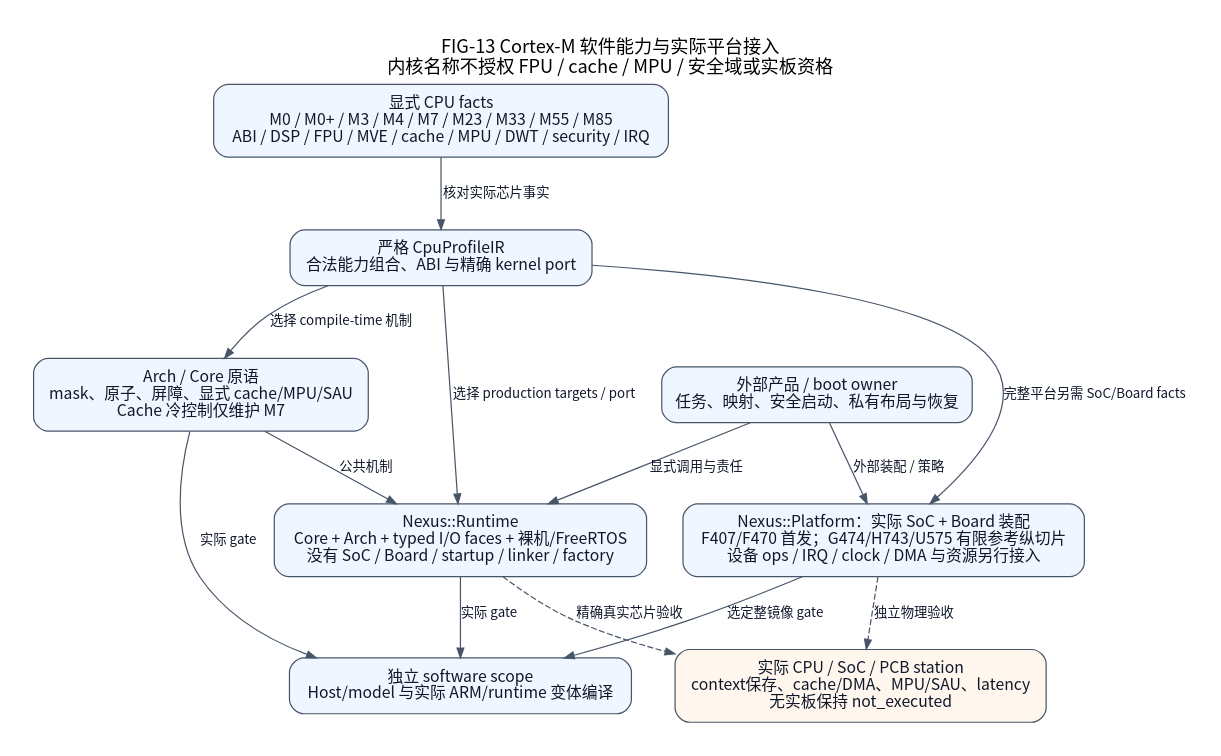
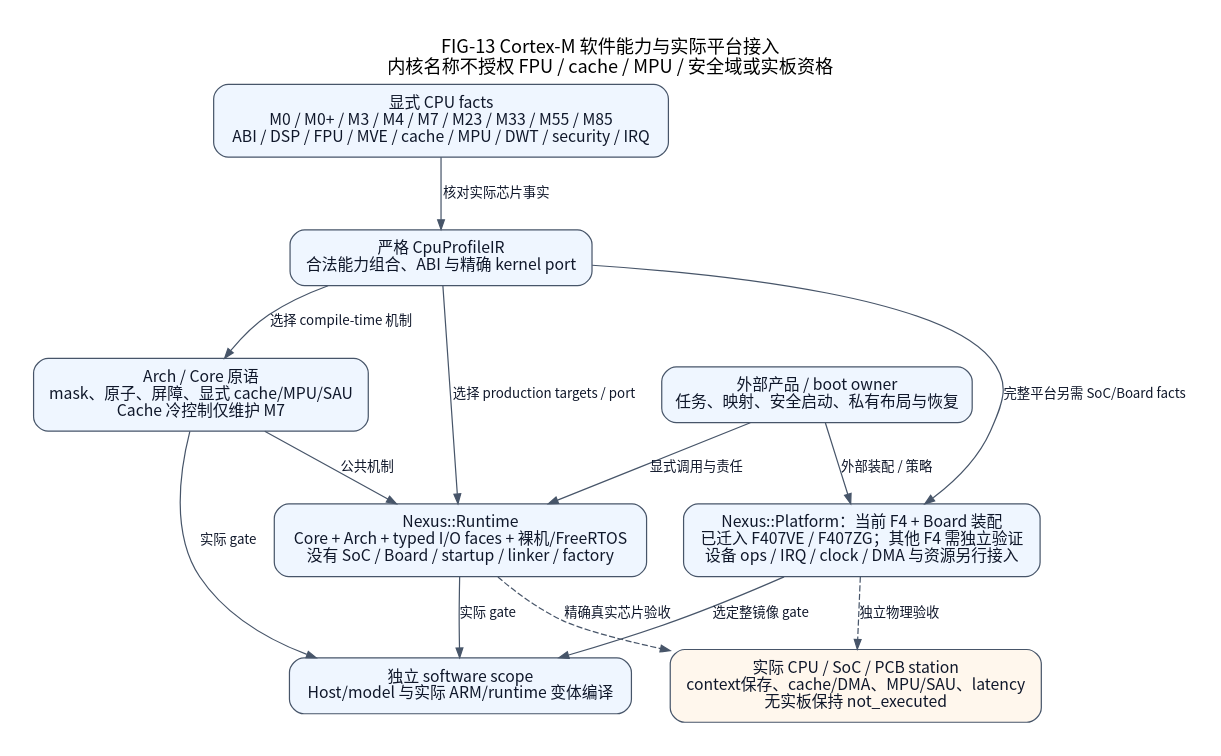
Before and after one commit to X-Gen-Lab/nexus: the diagram in docs/assets/diagrams/localized/zh_CN/cortex-m-capabilities.dot, drawn with Graphviz. The commit also changed 2170 other files, not shown here.

First line of the commit message:
refactor(platform): consolidate STM32F4 and bootstrap C configuration

```diff
--- a/docs/assets/diagrams/localized/zh_CN/cortex-m-capabilities.dot
+++ b/docs/assets/diagrams/localized/zh_CN/cortex-m-capabilities.dot
@@ -1,36 +1,36 @@
 // FIG-13 current: source-backed, scoped engineering view.
-// Code basis: 0111c8d3b9c7b37d258b9c401070305b13b6f3a1.
+// Code basis: arch/arm/cortex_m; cmake/platform/Runtime.cmake; soc/stm32/stm32f4.
 // Relations and qualification limits are documented in README.md.
 digraph CortexMCapabilities {
     graph [newrank=true, rankdir=TB, bgcolor="white", pad=0.28, nodesep=0.42,
            ranksep=0.66, fontname="Noto Sans CJK SC", fontsize=15,
            labelloc=t];
     node [shape=box, style="rounded,filled", fillcolor="#eff6ff",
           color="#475569", fontcolor="#0f172a", fontname="Noto Sans CJK SC",
           fontsize=13, margin="0.18,0.12"];
     edge [color="#475569", fontcolor="#0f172a",
           fontname="Noto Sans CJK SC", fontsize=11, arrowsize=0.8];
 
     graph [label="FIG-13 Cortex-M 软件能力与实际平台接入\n内核名称不授权 FPU / cache / MPU / 安全域或实板资格"];
     facts [label="显式 CPU facts\nM0 / M0+ / M3 / M4 / M7 / M23 / M33 / M55 / M85\nABI / DSP / FPU / MVE / cache / MPU / DWT / security / IRQ"];
     resolver [label="严格 CpuProfileIR\n合法能力组合、ABI 与精确 kernel port"];
     primitives [label="Arch / Core 原语\nmask、原子、屏障、显式 cache/MPU/SAU\nCache 冷控制仅维护 M7"];
     runtime [label="Nexus::Runtime\nCore + Arch + typed I/O faces + 裸机/FreeRTOS\n没有 SoC / Board / startup / linker / factory"];
-    platform [label="Nexus::Platform：实际 SoC + Board 装配\nF407/F470 首发；G474/H743/U575 有限参考纵切片\n设备 ops / IRQ / clock / DMA 与资源另行接入"];
+    platform [label="Nexus::Platform：当前 F4 + Board 装配\n已迁入 F407VE / F407ZG；其他 F4 需独立验证\n设备 ops / IRQ / clock / DMA 与资源另行接入"];
     owner [label="外部产品 / boot owner\n任务、映射、安全启动、私有布局与恢复"];
     software [label="独立 software scope\nHost/model 与实际 ARM/runtime 变体编译"];
     physical [label="实际 CPU / SoC / PCB station\ncontext保存、cache/DMA、MPU/SAU、latency\n无实板保持 not_executed", fillcolor="#fff7ed"];
     facts -> resolver [label="核对实际芯片事实"];
     resolver -> primitives [label="选择 compile-time 机制"];
     resolver -> runtime [label="选择 production targets / port"];
     primitives -> runtime [label="公共机制"];
     resolver -> platform [label="完整平台另需 SoC/Board facts"];
     owner -> runtime [label="显式调用与责任"];
     owner -> platform [label="外部装配 / 策略"];
     primitives -> software [label="实际 gate"];
     runtime -> software [label="实际 gate"];
     platform -> software [label="选定整镜像 gate"];
     platform -> physical [label="独立物理验收", style=dashed];
     runtime -> physical [label="精确真实芯片验收", style=dashed];
     { rank=same; runtime; platform; }
 }
```
